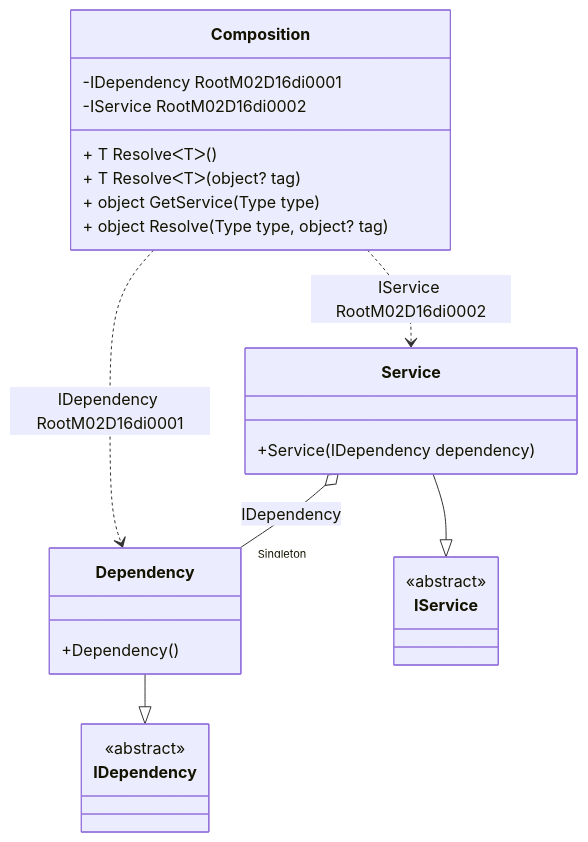
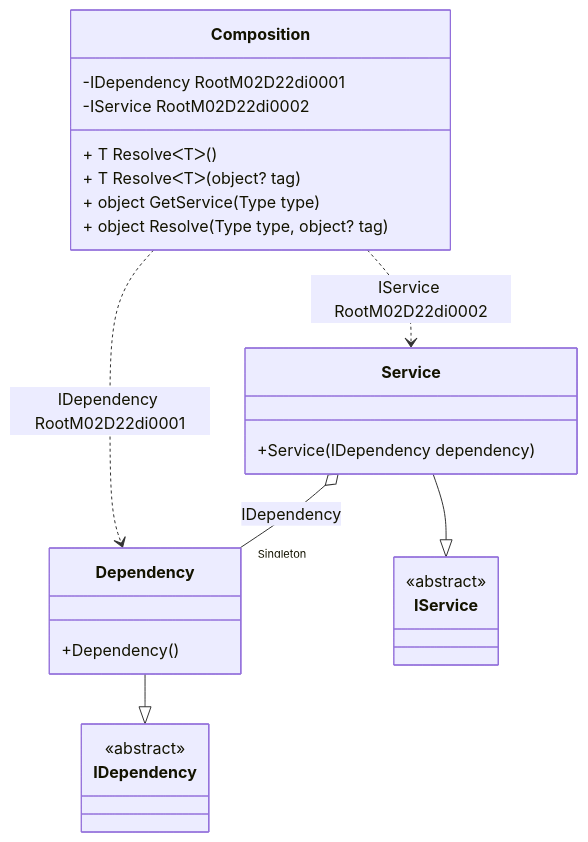
Before and after one commit to DevTeam/Pure.DI: the diagram in readme/service-provider.md, drawn with Mermaid. The commit also changed other lines of this file and 83 other files, not shown here.

````diff
--- a/readme/service-provider.md
+++ b/readme/service-provider.md
@@ -45,28 +45,28 @@
 ```mermaid
 classDiagram
   class Composition {
-    -IDependency RootM02D16di0001
-    -IService RootM02D16di0002
+    -IDependency RootM02D22di0001
+    -IService RootM02D22di0002
     + T ResolveᐸTᐳ()
     + T ResolveᐸTᐳ(object? tag)
     + object GetService(Type type)
     + object Resolve(Type type, object? tag)
   }
   Dependency --|> IDependency : 
   class Dependency {
     +Dependency()
   }
   Service --|> IService : 
   class Service {
     +Service(IDependency dependency)
   }
   class IDependency {
     <<abstract>>
   }
   class IService {
     <<abstract>>
   }
   Service o--  "Singleton" Dependency : IDependency
-  Composition ..> Dependency : IDependency RootM02D16di0001
-  Composition ..> Service : IService RootM02D16di0002
+  Composition ..> Dependency : IDependency RootM02D22di0001
+  Composition ..> Service : IService RootM02D22di0002
 ```
````
